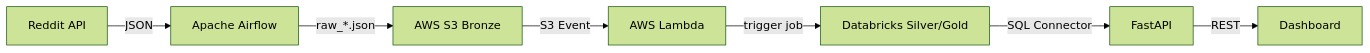
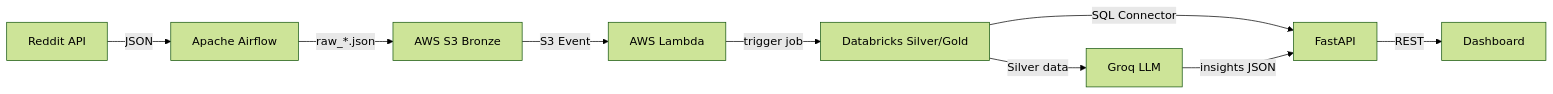
Before and after one commit to wesleyolvr/DataRadar: the diagram in README.md, drawn with Mermaid (forest theme). The commit also changed other lines of this file and 9 other files, not shown here.

First line of the commit message:
feat: add AI Community Insights powered by Groq LLM (Llama 3.1 8B) with dashboard tab, 71 subreddits analyzed

````diff
--- a/README.md
+++ b/README.md
@@ -23,9 +24,11 @@
 ```mermaid
 flowchart LR
     Reddit["Reddit API"] -->|JSON| Airflow["Apache Airflow"]
     Airflow -->|raw_*.json| S3["AWS S3 Bronze"]
     S3 -->|S3 Event| Lambda["AWS Lambda"]
     Lambda -->|trigger job| Databricks["Databricks Silver/Gold"]
     Databricks -->|SQL Connector| API["FastAPI"]
+    Databricks -->|Silver data| LLM["Groq LLM"]
+    LLM -->|insights JSON| API
     API -->|REST| UI["Dashboard"]
 ```
````
